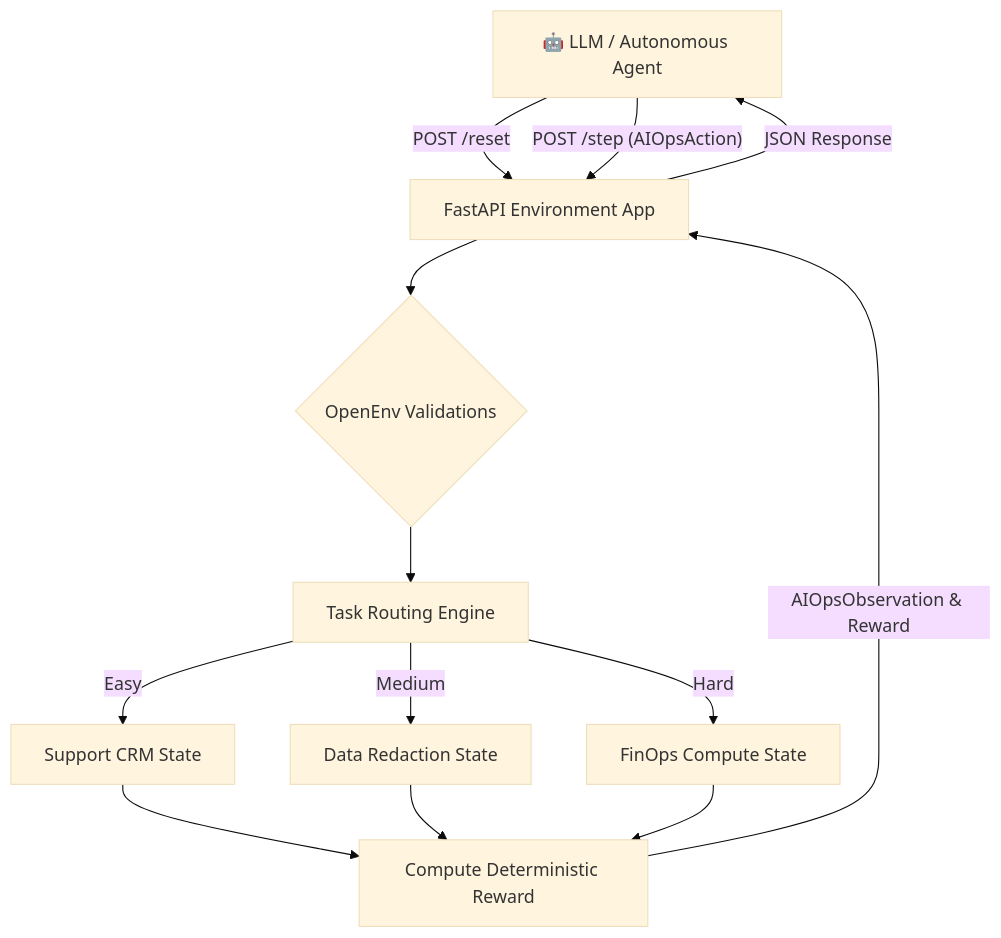
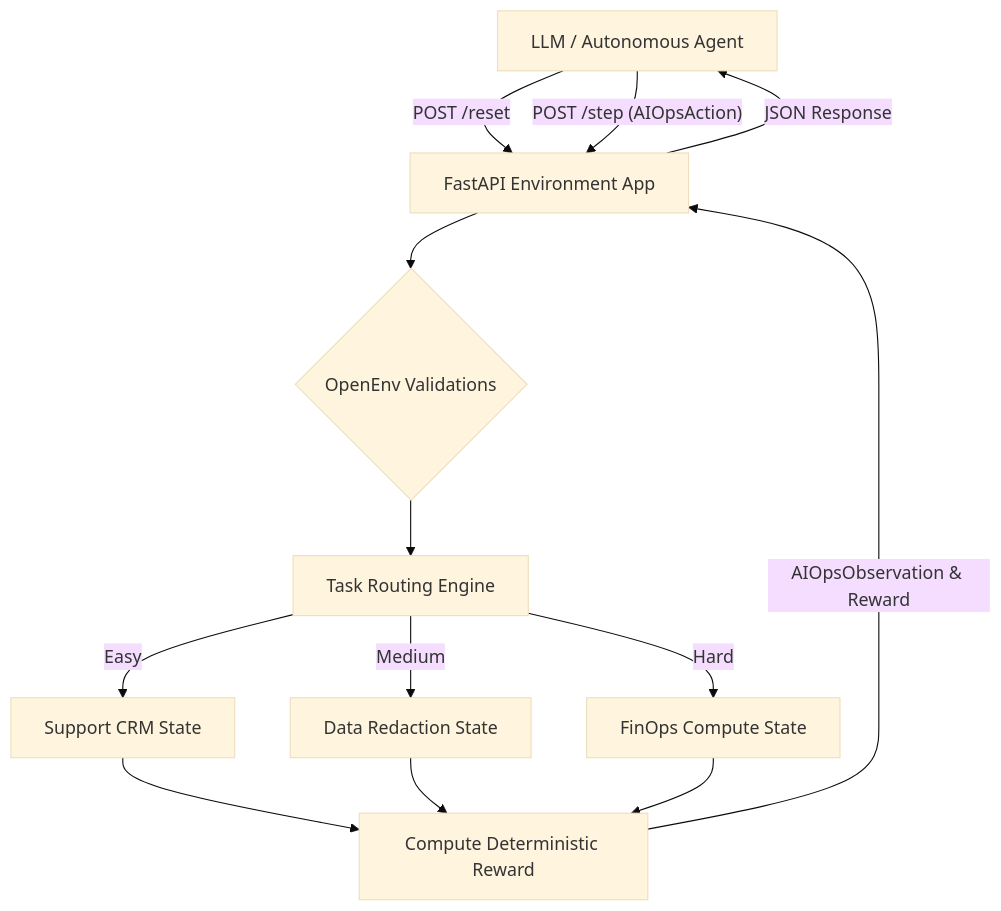
One commit to purvanshjoshi/openenv-aiops changed the diagram in README.md. Above: the diagram before and after it, drawn with Mermaid (base theme). The commit also changed other lines of this file, not shown here.

````diff
--- a/README.md
+++ b/README.md
@@ -60,18 +50,18 @@
 ```mermaid
 graph TD
-    A["🤖 LLM / Autonomous Agent"] -- "POST /reset" --> B["FastAPI Environment App"]
+    A[" LLM / Autonomous Agent"] -- "POST /reset" --> B["FastAPI Environment App"]
     A -- "POST /step (AIOpsAction)" --> B
     B --> C{"OpenEnv Validations"}
     C --> D["Task Routing Engine"]
     
     D -->|Easy| E["Support CRM State"]
     D -->|Medium| F["Data Redaction State"]
     D -->|Hard| G["FinOps Compute State"]
     
     E --> H["Compute Deterministic Reward"]
     F --> H
     G --> H
     
     H -- "AIOpsObservation & Reward" --> B
     B -- "JSON Response" --> A
 ```
````
